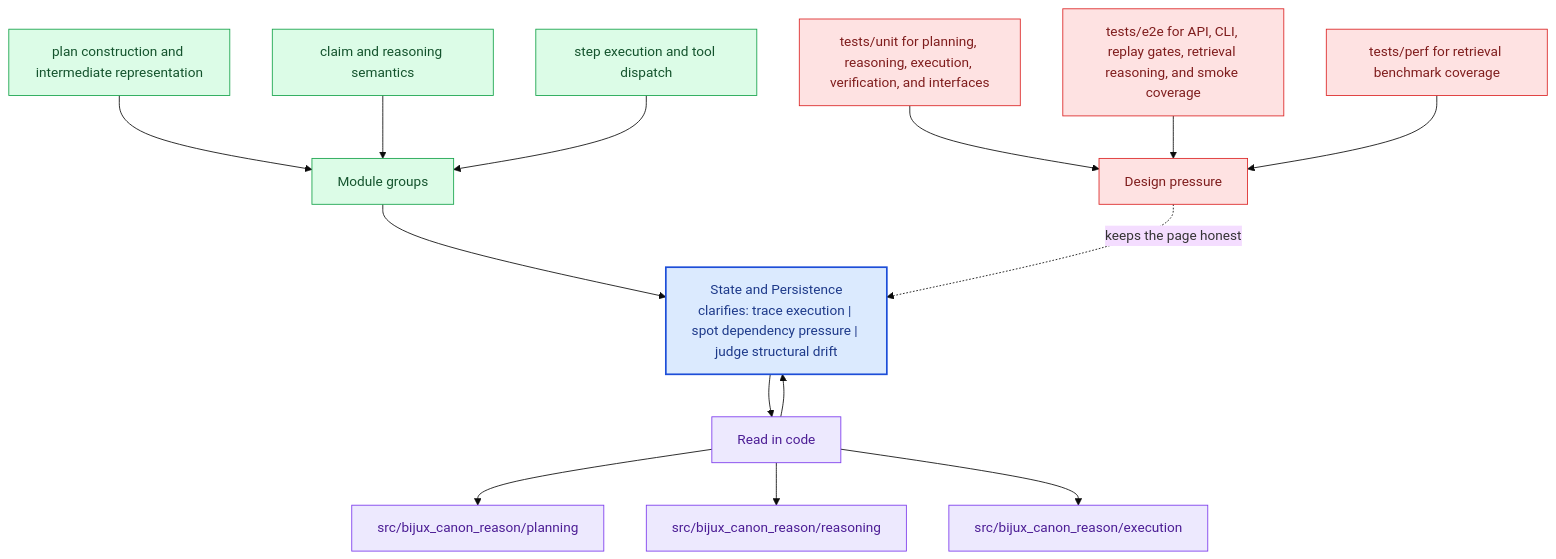
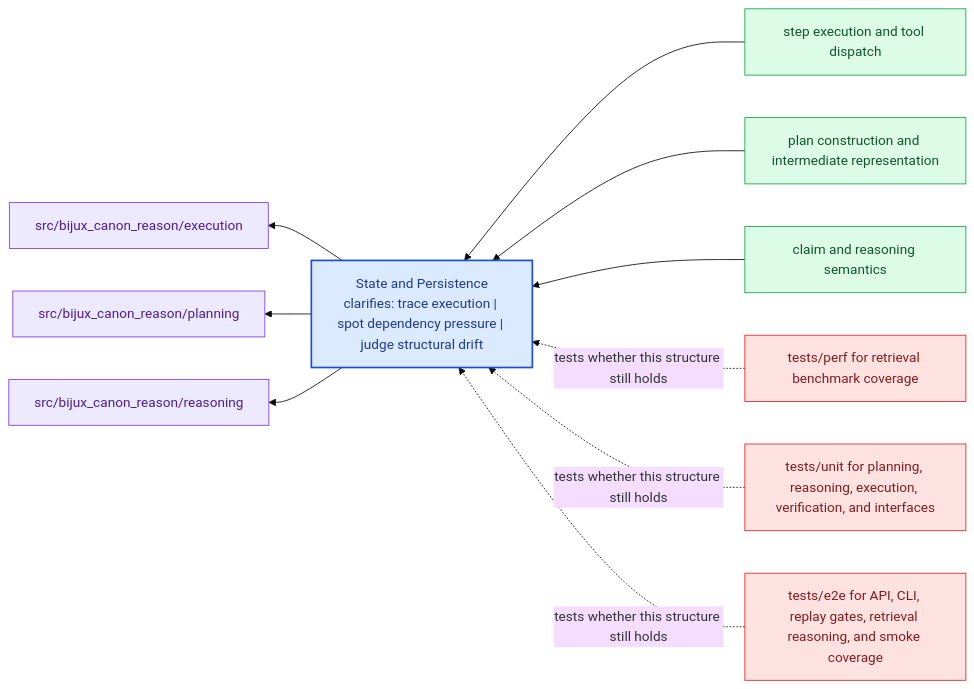
The diagram in docs/bijux-canon-reason/architecture/state-and-persistence.md (bijux/bijux-canon), drawn with Mermaid (base theme) before and after one commit. The commit also changed other lines of this file and 281 other files, not shown here.

Commit message:
docs(diagrams): replace repeated mermaid scaffolds with page-specific summaries

````diff
--- a/docs/bijux-canon-reason/architecture/state-and-persistence.md
+++ b/docs/bijux-canon-reason/architecture/state-and-persistence.md
@@ -68,40 +23,31 @@
 ```mermaid
-flowchart TB
-    promise["State and Persistence<br/>clarifies: trace execution | spot dependency pressure | judge structural drift"]
-    classDef promise fill:#dbeafe,stroke:#1d4ed8,color:#1e3a8a,stroke-width:2px;
-    classDef driver fill:#dcfce7,stroke:#16a34a,color:#14532d;
-    classDef constraint fill:#fee2e2,stroke:#dc2626,color:#7f1d1d;
-    classDef ground fill:#ede9fe,stroke:#7c3aed,color:#4c1d95;
-    focus1["Module groups"]
-    focus1 --> promise
-    focus1_1["plan construction and intermediate representation"]
-    focus1_1 --> focus1
-    focus1_2["claim and reasoning semantics"]
-    focus1_2 --> focus1
-    focus1_3["step execution and tool dispatch"]
-    focus1_3 --> focus1
-    class focus1 driver;
-    class focus1_1,focus1_2,focus1_3 driver;
-    focus2["Read in code"]
-    focus2 --> promise
-    promise --> focus2
-    focus2_1["src/bijux_canon_reason/planning"]
-    focus2 --> focus2_1
-    focus2_2["src/bijux_canon_reason/reasoning"]
-    focus2 --> focus2_2
-    focus2_3["src/bijux_canon_reason/execution"]
-    focus2 --> focus2_3
-    class focus2 ground;
-    class focus2_1,focus2_2,focus2_3 ground;
-    focus3["Design pressure"]
-    focus3 -.keeps the page honest.-> promise
-    focus3_1["tests/unit for planning, reasoning, execution, verification, and interfaces"]
-    focus3_1 --> focus3
-    focus3_2["tests/e2e for API, CLI, replay gates, retrieval reasoning, and smoke coverage"]
-    focus3_2 --> focus3
-    focus3_3["tests/perf for retrieval benchmark coverage"]
-    focus3_3 --> focus3
-    class focus3 constraint;
-    class focus3_1,focus3_2,focus3_3 constraint;
-    class promise promise;
+flowchart RL
+    page["State and Persistence<br/>clarifies: trace execution | spot dependency pressure | judge structural drift"]
+    classDef page fill:#dbeafe,stroke:#1d4ed8,color:#1e3a8a,stroke-width:2px;
+    classDef positive fill:#dcfce7,stroke:#16a34a,color:#14532d;
+    classDef caution fill:#fee2e2,stroke:#dc2626,color:#7f1d1d;
+    classDef anchor fill:#ede9fe,stroke:#7c3aed,color:#4c1d95;
+    classDef action fill:#fef3c7,stroke:#d97706,color:#7c2d12;
+    module1["step execution and tool dispatch"]
+    module1 --> page
+    module2["plan construction and intermediate representation"]
+    module2 --> page
+    module3["claim and reasoning semantics"]
+    module3 --> page
+    code1["src/bijux_canon_reason/execution"]
+    page --> code1
+    code2["src/bijux_canon_reason/planning"]
+    page --> code2
+    code3["src/bijux_canon_reason/reasoning"]
+    page --> code3
+    pressure1["tests/perf for retrieval benchmark coverage"]
+    pressure1 -.tests whether this structure still holds.-> page
+    pressure2["tests/unit for planning, reasoning, execution, verification, and interfaces"]
+    pressure2 -.tests whether this structure still holds.-> page
+    pressure3["tests/e2e for API, CLI, replay gates, retrieval reasoning, and smoke coverage"]
+    pressure3 -.tests whether this structure still holds.-> page
+    class page page;
+    class module1,module2,module3 positive;
+    class code1,code2,code3 anchor;
+    class pressure1,pressure2,pressure3 caution;
 ```
````
